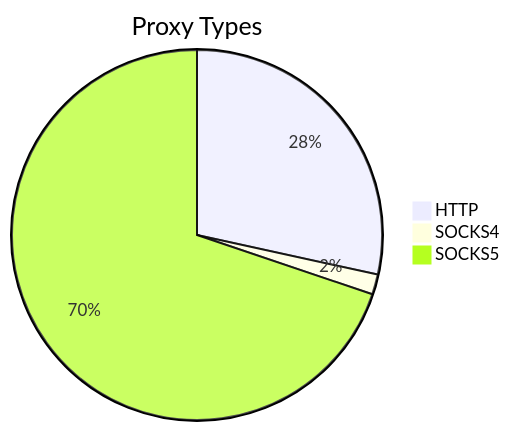
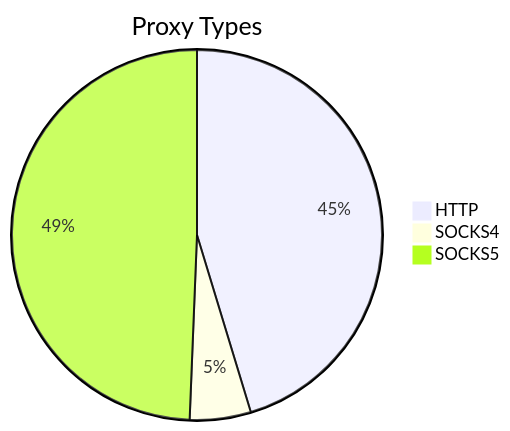
The first of 2 diagrams in README.md (stormsia/proxy-list), drawn with Mermaid before and after one commit. The commit also changed other lines of this file, not shown here.

````diff
--- a/README.md
+++ b/README.md
@@ -21,6 +21,6 @@
 ```mermaid
 pie title Proxy Types
-    "HTTP" : 810
-    "SOCKS4" : 50
-    "SOCKS5" : 1989
+    "HTTP" : 714
+    "SOCKS4" : 84
+    "SOCKS5" : 778
 ```
````
